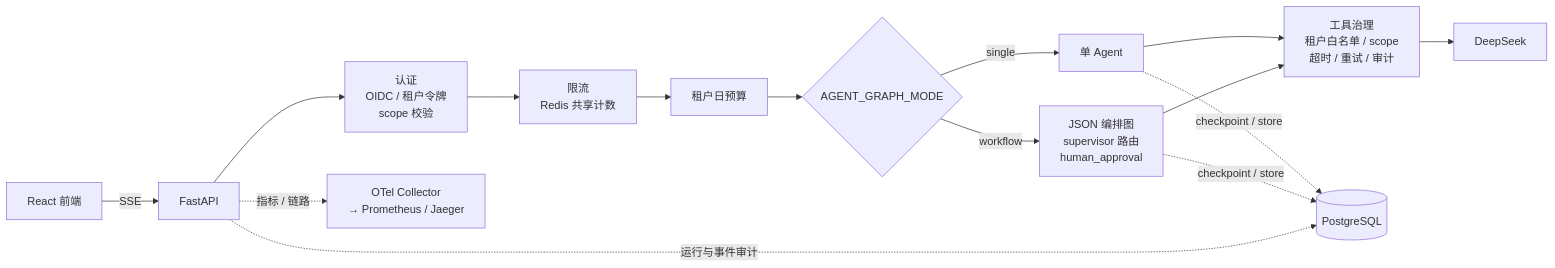
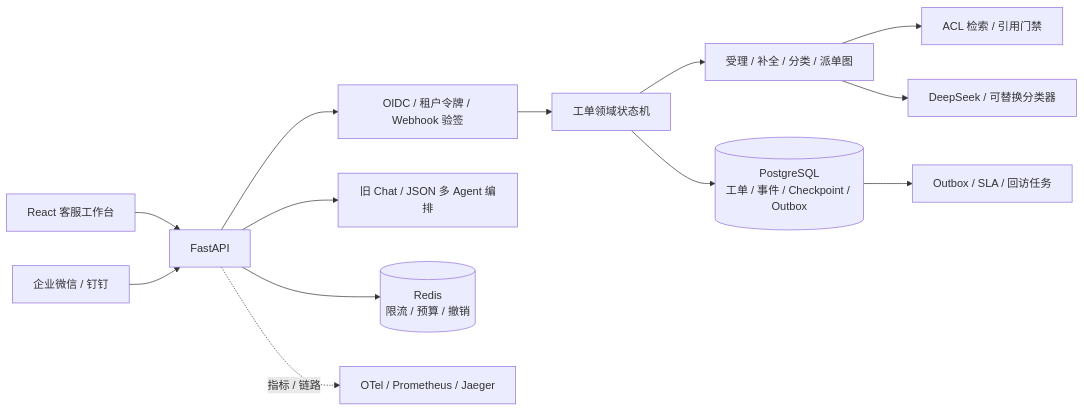
Before and after one commit to kdc307950-art/agent: the first of 2 diagrams in README.md, drawn with Mermaid. The commit also changed other lines of this file and 52 other files, not shown here.

````diff
--- a/README.md
+++ b/README.md
@@ -49,17 +78,15 @@
 ```mermaid
 flowchart LR
-    U[React 前端] -->|SSE| API[FastAPI]
-    API --> AUTH[认证<br/>OIDC / 租户令牌<br/>scope 校验]
-    AUTH --> RL[限流<br/>Redis 共享计数]
-    RL --> BUD[租户日预算]
-    BUD --> MODE{AGENT_GRAPH_MODE}
-    MODE -->|single| SA[单 Agent]
-    MODE -->|workflow| WF[JSON 编排图<br/>supervisor 路由<br/>human_approval]
-    SA --> TG[工具治理<br/>租户白名单 / scope<br/>超时 / 重试 / 审计]
-    WF --> TG
-    TG --> LLM[DeepSeek]
-    SA -. checkpoint / store .-> PG[(PostgreSQL)]
-    WF -. checkpoint / store .-> PG
-    API -. 运行与事件审计 .-> PG
-    API -. 指标 / 链路 .-> OTEL[OTel Collector<br/>→ Prometheus / Jaeger]
+    U[React 客服工作台] --> API[FastAPI]
+    CH[企业微信 / 钉钉] --> API
+    API --> AUTH[OIDC / 租户令牌 / Webhook 验签]
+    AUTH --> TICKET[工单领域状态机]
+    TICKET --> INTAKE[受理 / 补全 / 分类 / 派单图]
+    INTAKE --> RAG[ACL 检索 / 引用门禁]
+    API --> CHAT[旧 Chat / JSON 多 Agent 编排]
+    TICKET --> PG[(PostgreSQL<br/>工单 / 事件 / Checkpoint / Outbox)]
+    API --> REDIS[(Redis<br/>限流 / 预算 / 撤销)]
+    PG --> WORKER[Outbox / SLA / 回访任务]
+    INTAKE --> LLM[DeepSeek / 可替换分类器]
+    API -. 指标 / 链路 .-> OTEL[OTel / Prometheus / Jaeger]
 ```
````
